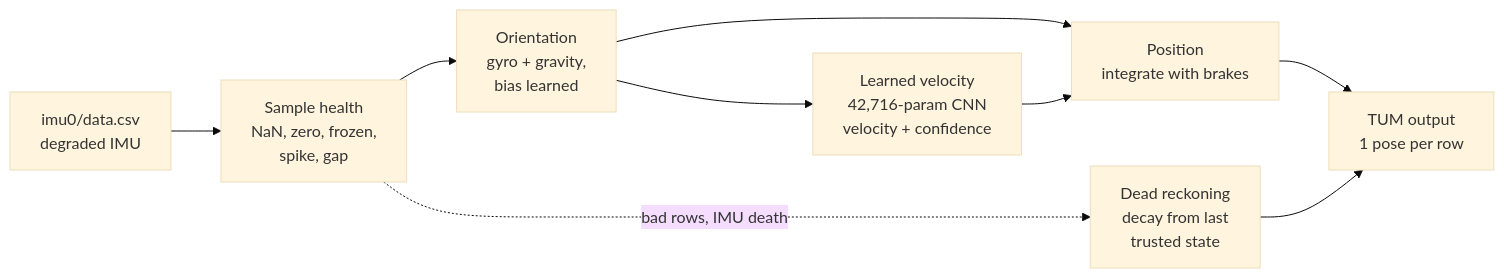
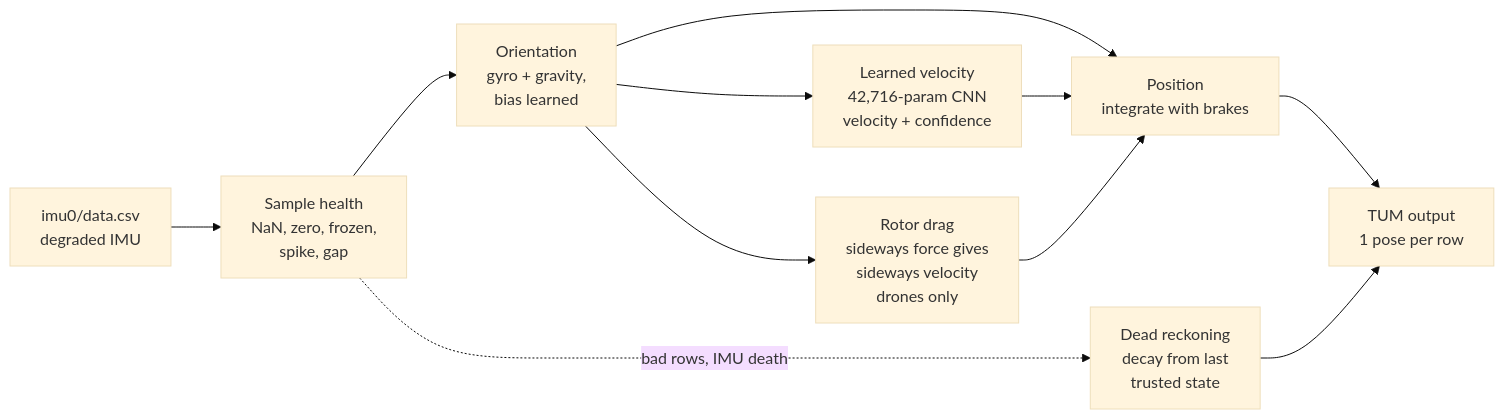
The diagram in README.md (rehaanajani/pathfinder-xr), drawn with Mermaid (base theme) before and after one commit. The commit also changed other lines of this file and 16 other files, not shown here.

Commit message:
Added rotor-drag aiding for drone flights with a gentler pull to the start (ATE 2.31 to 2.03 m, blind 2.24 to 1.85 m on the organisers' script, holds on fresh seeds), and counted main.py's compile-time memory in the budget

````diff
--- a/README.md
+++ b/README.md
@@ -99,11 +102,13 @@
 ```mermaid
 flowchart LR
     A[imu0/data.csv<br/>degraded IMU] --> B[Sample health<br/>NaN, zero, frozen,<br/>spike, gap]
     B --> C[Orientation<br/>gyro + gravity,<br/>bias learned]
     C --> D[Position<br/>integrate with brakes]
     D --> E[TUM output<br/>1 pose per row]
     C --> N[Learned velocity<br/>42,716-param CNN<br/>velocity + confidence]
     N --> D
+    C --> K[Rotor drag<br/>sideways force gives<br/>sideways velocity<br/>drones only]
+    K --> D
     B -. bad rows, IMU death .-> R[Dead reckoning<br/>decay from last<br/>trusted state]
     R --> E
 ```
````
